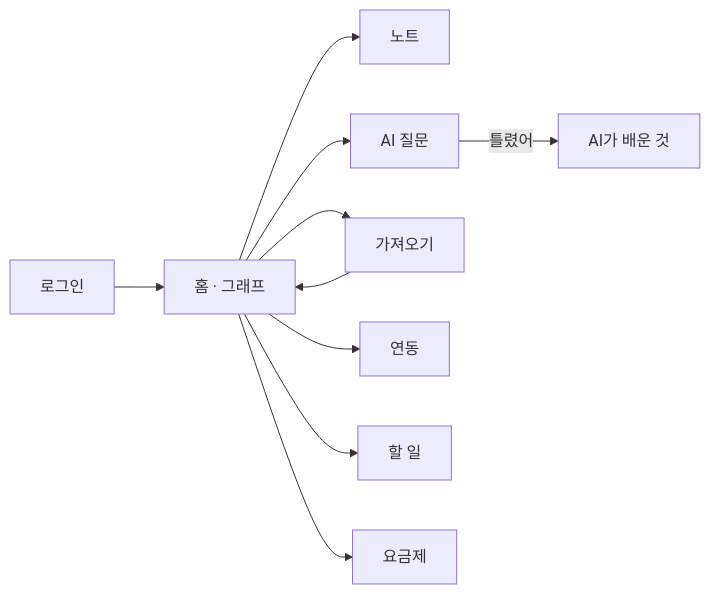
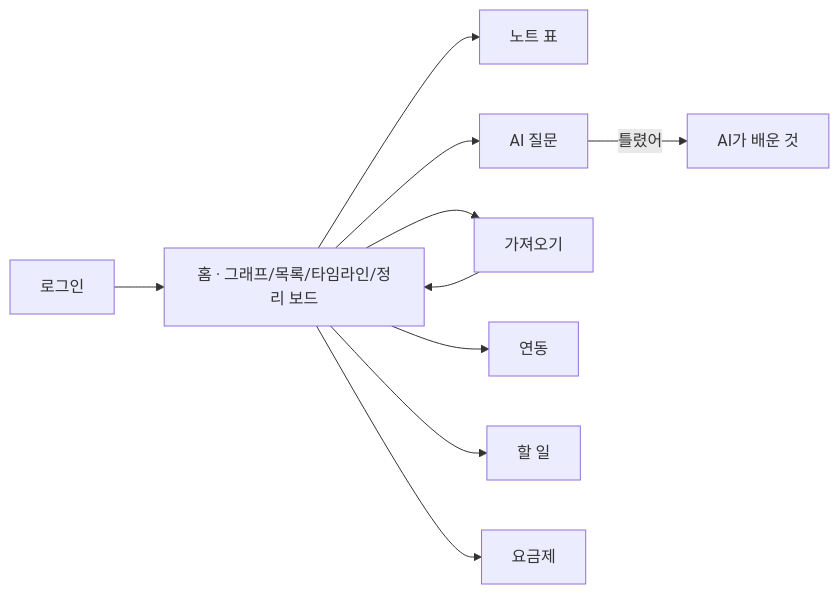
One commit to konga22/second-brain changed the second of 6 diagrams in docs/설계서.md. Above: the diagram before and after it, drawn with Mermaid. The commit also changed other lines of this file, not shown here.

````diff
--- a/docs/설계서.md
+++ b/docs/설계서.md
@@ -114,12 +115,12 @@
 ```mermaid
 flowchart LR
-  Login[로그인] --> Home[홈 · 그래프]
-  Home --> Notes[노트]
+  Login[로그인] --> Home[홈 · 그래프/목록/타임라인/정리 보드]
+  Home --> Notes[노트 표]
   Home --> Chat[AI 질문]
   Chat -- 틀렸어 --> Lessons[AI가 배운 것]
   Home --> Import[가져오기]
   Import --> Home
   Home --> Connect[연동]
   Home --> Todos[할 일]
   Home --> Pricing[요금제]
 ```
````
